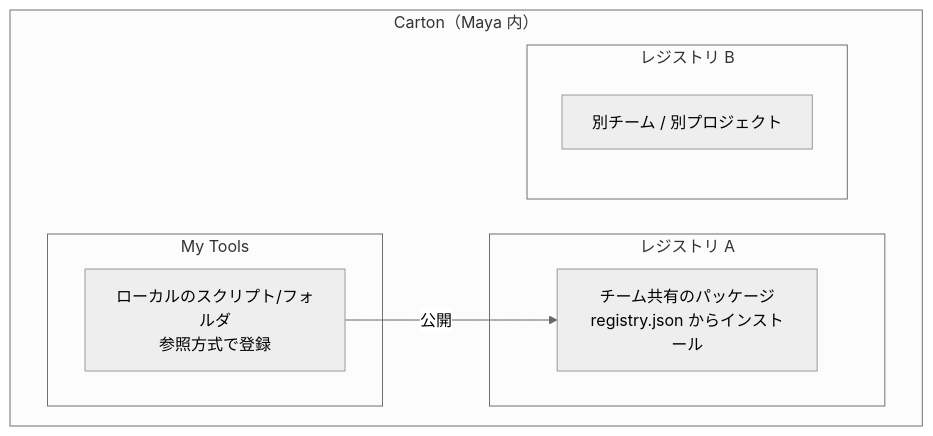
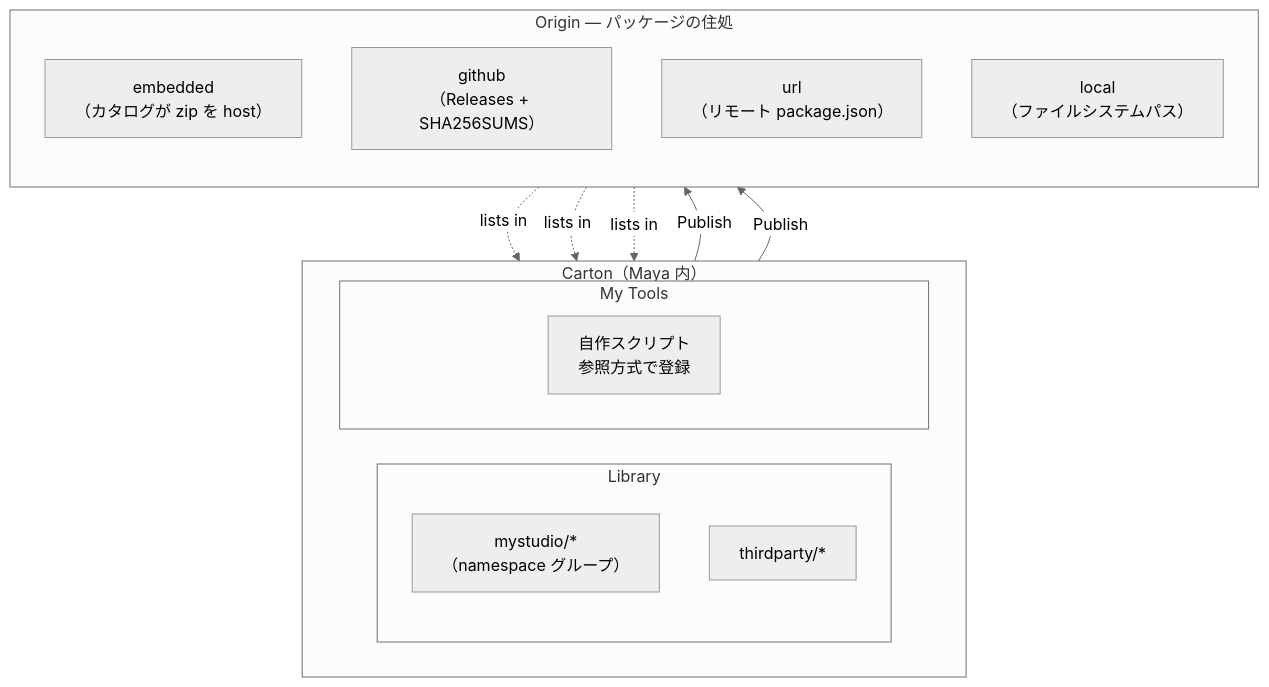
Before and after one commit to cignoir/carton: the second of 2 diagrams in README_ja.md, drawn with Mermaid (neutral theme). The commit also changed other lines of this file, not shown here.

First line of the commit message:
docs(readme): rewrite README_ja.md for v5.0 Package-first model

````diff
--- a/README_ja.md
+++ b/README_ja.md
@@ -32,15 +37,26 @@
 ```mermaid
 flowchart TB
     subgraph Carton["Carton（Maya 内）"]
+        direction LR
+        subgraph LIB["Library"]
+            direction TB
+            NS1["mystudio/*<br>（namespace グループ）"]
+            NS2["thirdparty/*"]
+        end
         subgraph MT["My Tools"]
-            L["ローカルのスクリプト/フォルダ\n参照方式で登録"]
+            L["自作スクリプト<br>参照方式で登録"]
         end
-        subgraph RA["レジストリ A"]
-            PA["チーム共有のパッケージ\nregistry.json からインストール"]
-        end
-        subgraph RB["レジストリ B"]
-            PB["別チーム / 別プロジェクト"]
-        end
-        L -- 公開 --> PA
     end
+    subgraph ORG["Origin — パッケージの住処"]
+        direction TB
+        E["embedded<br>（カタログが zip を host）"]
+        GH["github<br>（Releases + SHA256SUMS）"]
+        UR["url<br>（リモート package.json）"]
+        LO["local<br>（ファイルシステムパス）"]
+    end
+    E -.lists in.-> NS1
+    GH -.lists in.-> NS1
+    UR -.lists in.-> NS2
+    L -- Publish --> E
+    L -- Publish --> GH
 ```
````
